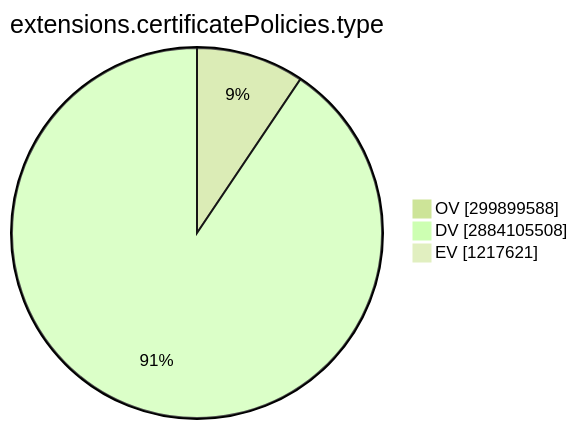
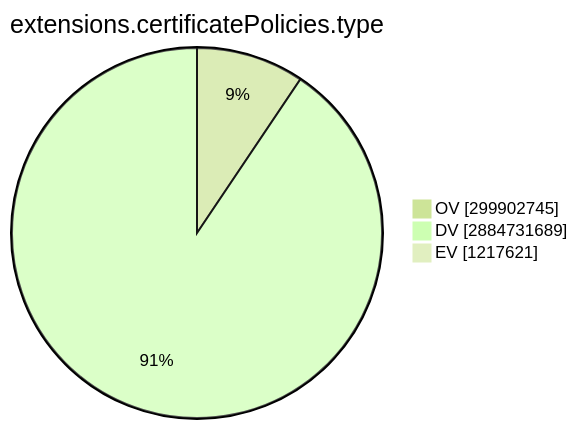
One commit to christiankrug/ctmonitor_visualization changed the ninth of 15 diagrams in TOTAL/README.md. Above: the diagram before and after it, drawn with Mermaid (forest theme). The commit also changed other lines of this file, not shown here.

````diff
--- a/TOTAL/README.md
+++ b/TOTAL/README.md
@@ -3101,7 +3101,7 @@
 ```mermaid
 pie showData
 title extensions.certificatePolicies.type
-"OV" :299899588
-"DV" :2884105508
+"OV" :299902745
+"DV" :2884731689
 "EV" :1217621
 ```
````
